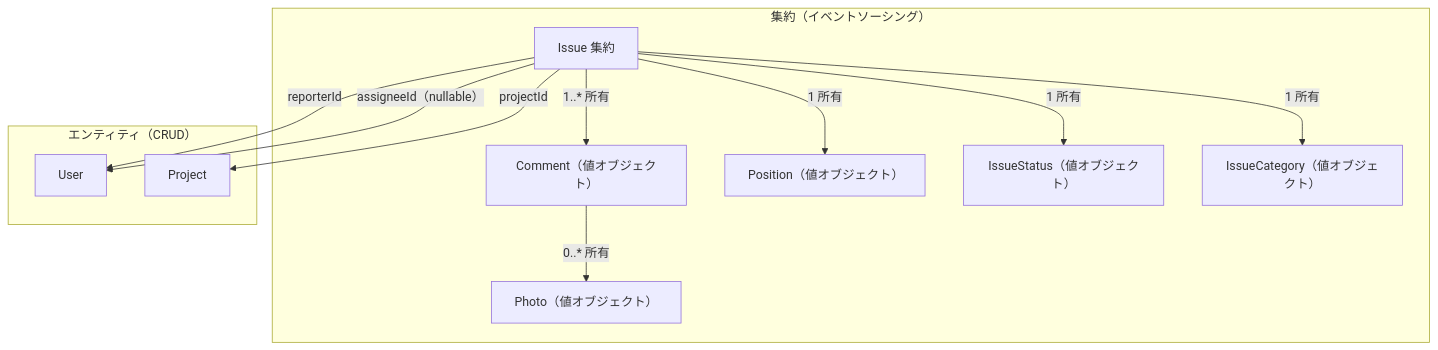
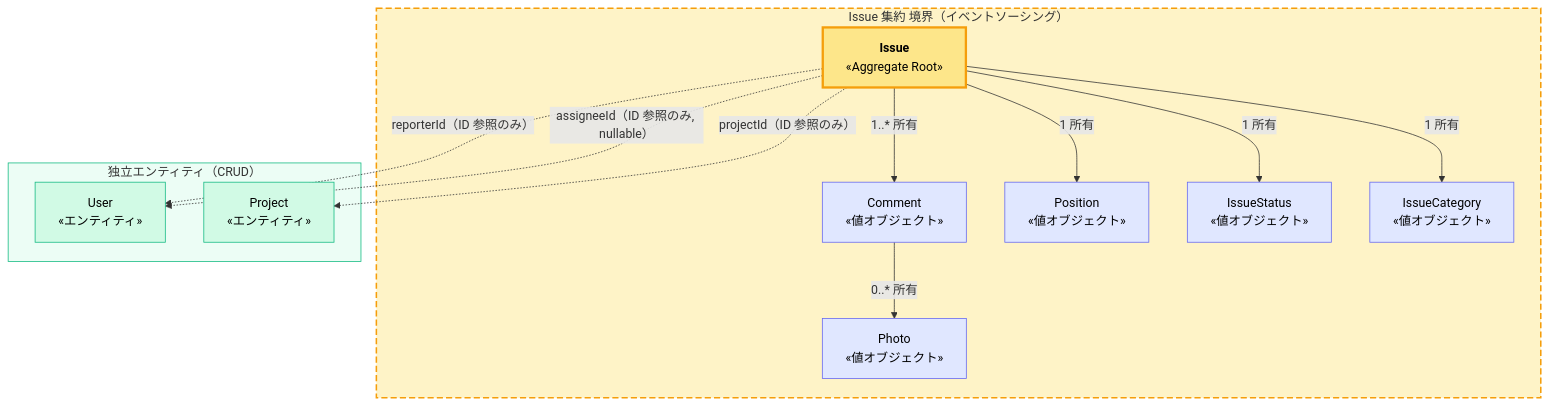
Before and after one commit to momotaro/aps-issue-manager: the first of 4 diagrams in docs/guides/domain-model.md, drawn with Mermaid. The commit also changed other lines of this file and 14 other files, not shown here.

First line of the commit message:
feat: データ管理スクリプト追加 + README に操作ガイド・アーキテクチャ図を埋め込み

````diff
--- a/docs/guides/domain-model.md
+++ b/docs/guides/domain-model.md
@@ -7,25 +7,35 @@
 ```mermaid
 graph TD
-  subgraph "集約（イベントソーシング）"
-    Issue["Issue 集約"]
-    Comment["Comment（値オブジェクト）"]
-    Photo["Photo（値オブジェクト）"]
-    Position["Position（値オブジェクト）"]
-    Status["IssueStatus（値オブジェクト）"]
-    Category["IssueCategory（値オブジェクト）"]
+  subgraph aggregate["Issue 集約 境界（イベントソーシング）"]
+    Issue["<b>Issue</b><br/>«Aggregate Root»"]
+    Comment["Comment<br/>«値オブジェクト»"]
+    Photo["Photo<br/>«値オブジェクト»"]
+    Position["Position<br/>«値オブジェクト»"]
+    Status["IssueStatus<br/>«値オブジェクト»"]
+    Category["IssueCategory<br/>«値オブジェクト»"]
     Issue -->|"1..* 所有"| Comment
     Comment -->|"0..* 所有"| Photo
     Issue -->|"1 所有"| Position
     Issue -->|"1 所有"| Status
     Issue -->|"1 所有"| Category
   end
 
-  subgraph "エンティティ（CRUD）"
-    User["User"]
-    Project["Project"]
+  subgraph entities["独立エンティティ（CRUD）"]
+    User["User<br/>«エンティティ»"]
+    Project["Project<br/>«エンティティ»"]
   end
 
-  Issue -->|"projectId"| Project
-  Issue -->|"reporterId"| User
-  Issue -->|"assigneeId（nullable）"| User
+  Issue -.->|"projectId（ID 参照のみ）"| Project
+  Issue -.->|"reporterId（ID 参照のみ）"| User
+  Issue -.->|"assigneeId（ID 参照のみ, nullable）"| User
+
+  classDef aggregateRoot fill:#fde68a,stroke:#f59e0b,stroke-width:3px,color:#000
+  classDef valueObject fill:#e0e7ff,stroke:#6366f1,color:#000
+  classDef entity fill:#d1fae5,stroke:#10b981,color:#000
+  class Issue aggregateRoot
+  class Comment,Photo,Position,Status,Category valueObject
+  class User,Project entity
+
+  style aggregate fill:#fef3c7,stroke:#f59e0b,stroke-width:2px,stroke-dasharray: 8 4
+  style entities fill:#ecfdf5,stroke:#10b981,stroke-width:1px
 ```
````
